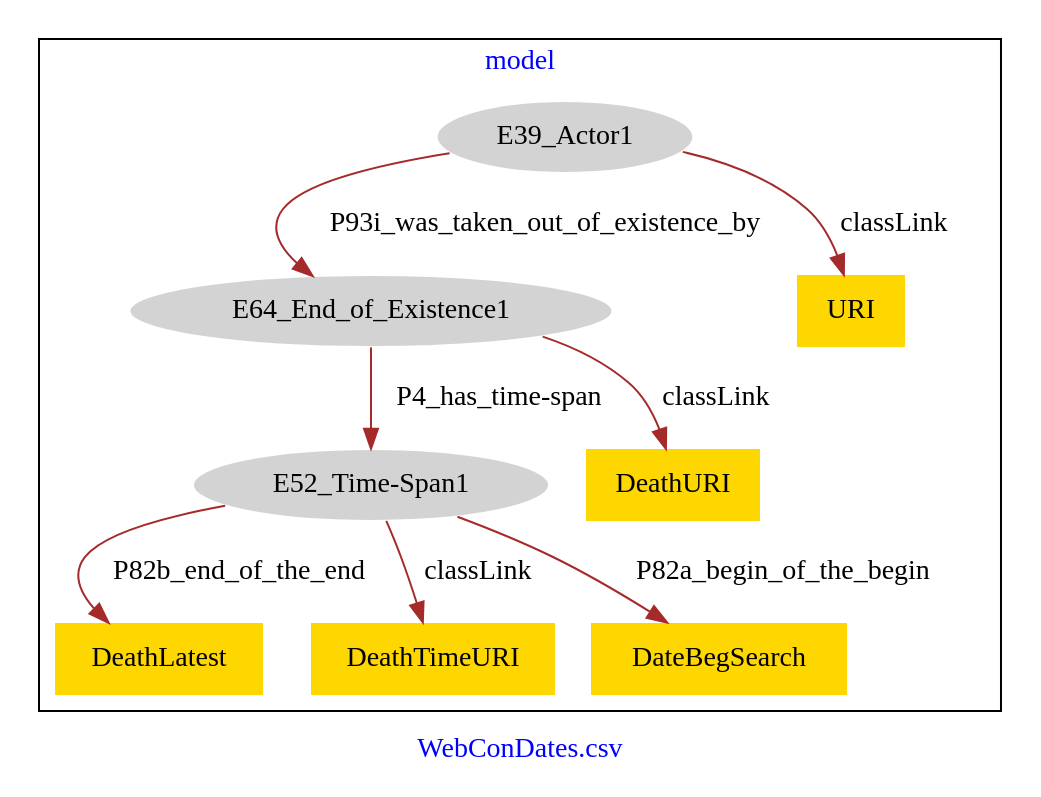
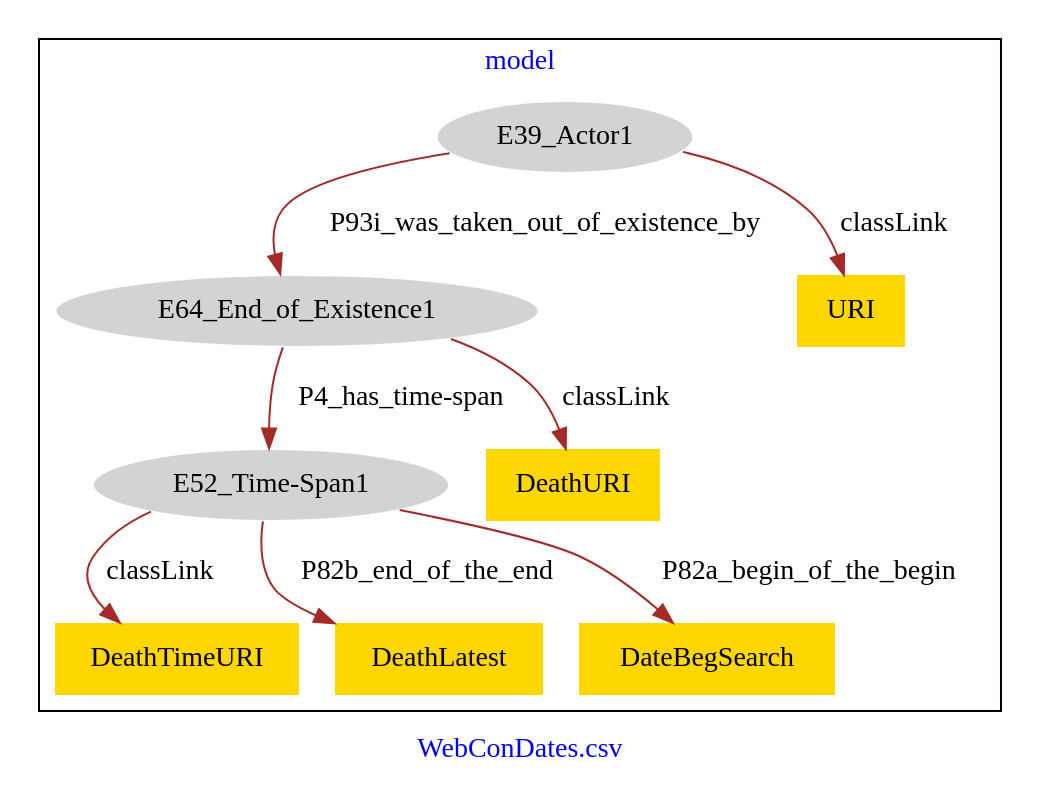
Before and after one commit to american-art/SAAM: the diagram in WebConDatesDeath/WebConDatesDeath-model.dot, drawn with Graphviz.

Commit message:
Update file WebConDatesDeath-model.dot

```diff
--- a/WebConDatesDeath/WebConDatesDeath-model.dot
+++ b/WebConDatesDeath/WebConDatesDeath-model.dot
@@ -1,23 +1,23 @@
 digraph n0 {
 fontcolor="blue"
 remincross="true"
 label="WebConDates.csv"
 subgraph cluster {
 label="model"
 n2[style="filled",color="white",fillcolor="lightgray",label="E39_Actor1"];
 n3[style="filled",color="white",fillcolor="lightgray",label="E64_End_of_Existence1"];
 n4[style="filled",color="white",fillcolor="lightgray",label="E52_Time-Span1"];
-n5[shape="plaintext",style="filled",fillcolor="gold",label="DeathLatest"];
-n6[shape="plaintext",style="filled",fillcolor="gold",label="DeathTimeURI"];
-n7[shape="plaintext",style="filled",fillcolor="gold",label="URI"];
+n5[shape="plaintext",style="filled",fillcolor="gold",label="DeathTimeURI"];
+n6[shape="plaintext",style="filled",fillcolor="gold",label="URI"];
+n7[shape="plaintext",style="filled",fillcolor="gold",label="DeathLatest"];
 n8[shape="plaintext",style="filled",fillcolor="gold",label="DeathURI"];
 n9[shape="plaintext",style="filled",fillcolor="gold",label="DateBegSearch"];
 }
 n2 -> n3[color="brown",fontcolor="black",label="P93i_was_taken_out_of_existence_by"]
 n3 -> n4[color="brown",fontcolor="black",label="P4_has_time-span"]
-n4 -> n5[color="brown",fontcolor="black",label="P82b_end_of_the_end"]
-n4 -> n6[color="brown",fontcolor="black",label="classLink"]
-n2 -> n7[color="brown",fontcolor="black",label="classLink"]
+n4 -> n5[color="brown",fontcolor="black",label="classLink"]
+n2 -> n6[color="brown",fontcolor="black",label="classLink"]
+n4 -> n7[color="brown",fontcolor="black",label="P82b_end_of_the_end"]
 n3 -> n8[color="brown",fontcolor="black",label="classLink"]
 n4 -> n9[color="brown",fontcolor="black",label="P82a_begin_of_the_begin"]
 }
```
